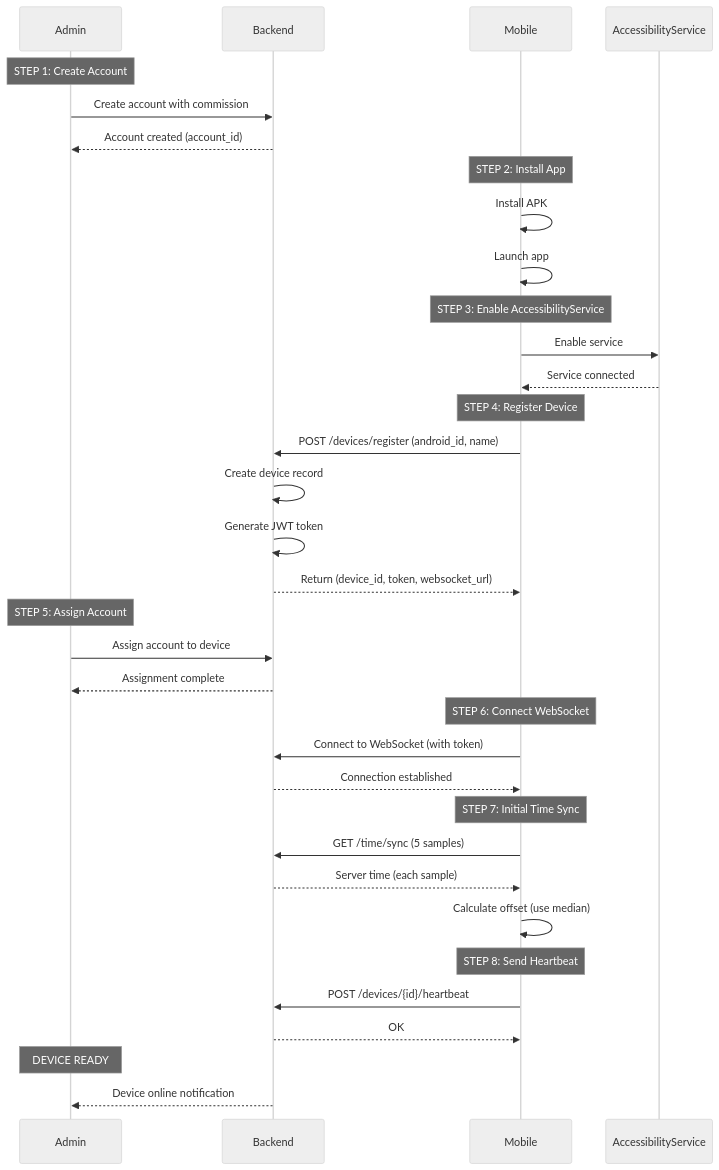
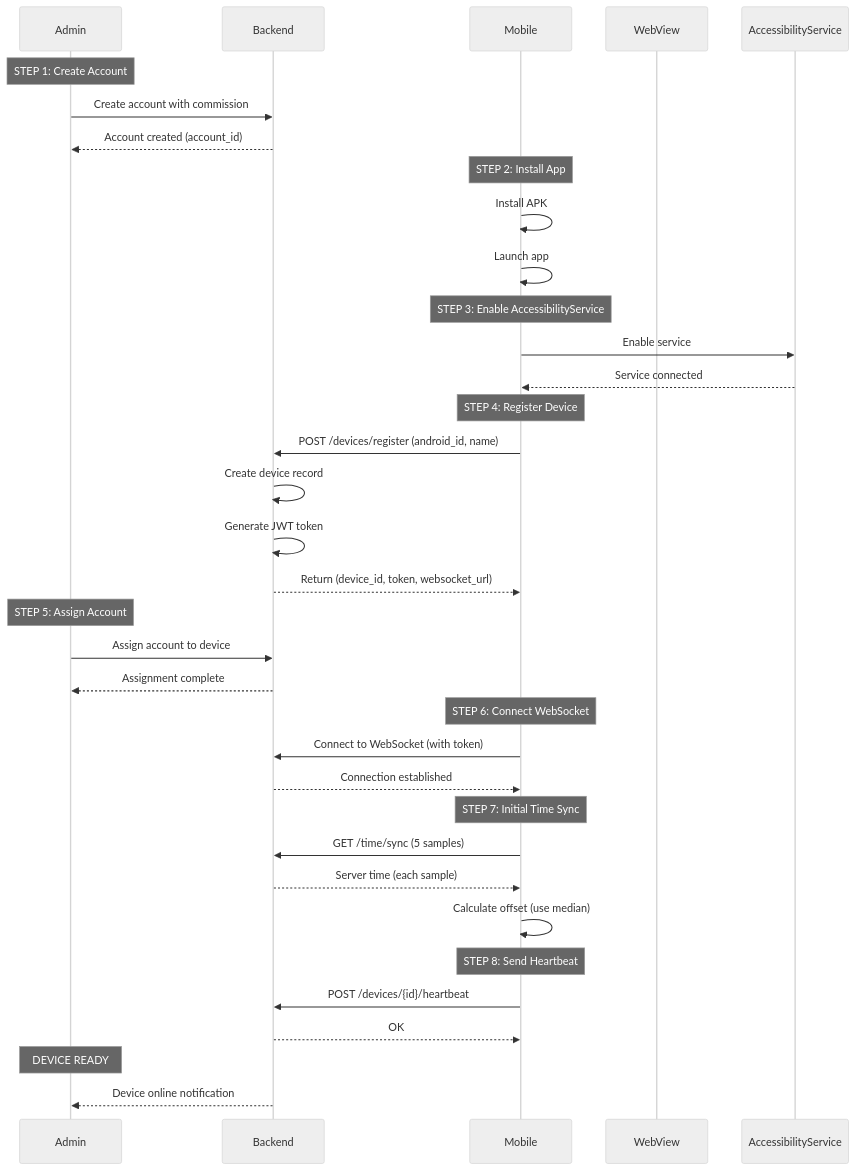
One commit to johnmarkovalo/BetWise changed the second of 5 diagrams in docs/Design Document/7. Integration & Workflows.md. Above: the diagram before and after it, drawn with Mermaid (neutral theme). The commit also changed other lines of this file and 12 other files, not shown here.

````diff
--- a/docs/Design Document/7. Integration & Workflows.md
+++ b/docs/Design Document/7. Integration & Workflows.md
@@ -502,45 +503,46 @@
 ```mermaid
 sequenceDiagram
     participant Admin
     participant Backend
     participant Mobile
+    participant WebView
     participant AccessibilityService
 
     Note over Admin: STEP 1: Create Account
     Admin->>Backend: Create account with commission
     Backend-->>Admin: Account created (account_id)
     
     Note over Mobile: STEP 2: Install App
     Mobile->>Mobile: Install APK
     Mobile->>Mobile: Launch app
     
     Note over Mobile: STEP 3: Enable AccessibilityService
     Mobile->>AccessibilityService: Enable service
     AccessibilityService-->>Mobile: Service connected
     
     Note over Mobile: STEP 4: Register Device
     Mobile->>Backend: POST /devices/register (android_id, name)
     Backend->>Backend: Create device record
     Backend->>Backend: Generate JWT token
     Backend-->>Mobile: Return (device_id, token, websocket_url)
     
     Note over Admin: STEP 5: Assign Account
     Admin->>Backend: Assign account to device
     Backend-->>Admin: Assignment complete
     
     Note over Mobile: STEP 6: Connect WebSocket
     Mobile->>Backend: Connect to WebSocket (with token)
     Backend-->>Mobile: Connection established
     
     Note over Mobile: STEP 7: Initial Time Sync
     Mobile->>Backend: GET /time/sync (5 samples)
     Backend-->>Mobile: Server time (each sample)
     Mobile->>Mobile: Calculate offset (use median)
     
     Note over Mobile: STEP 8: Send Heartbeat
     Mobile->>Backend: POST /devices/{id}/heartbeat
     Backend-->>Mobile: OK
     
     Note over Admin: DEVICE READY
     Backend-->>Admin: Device online notification
 ```
````
